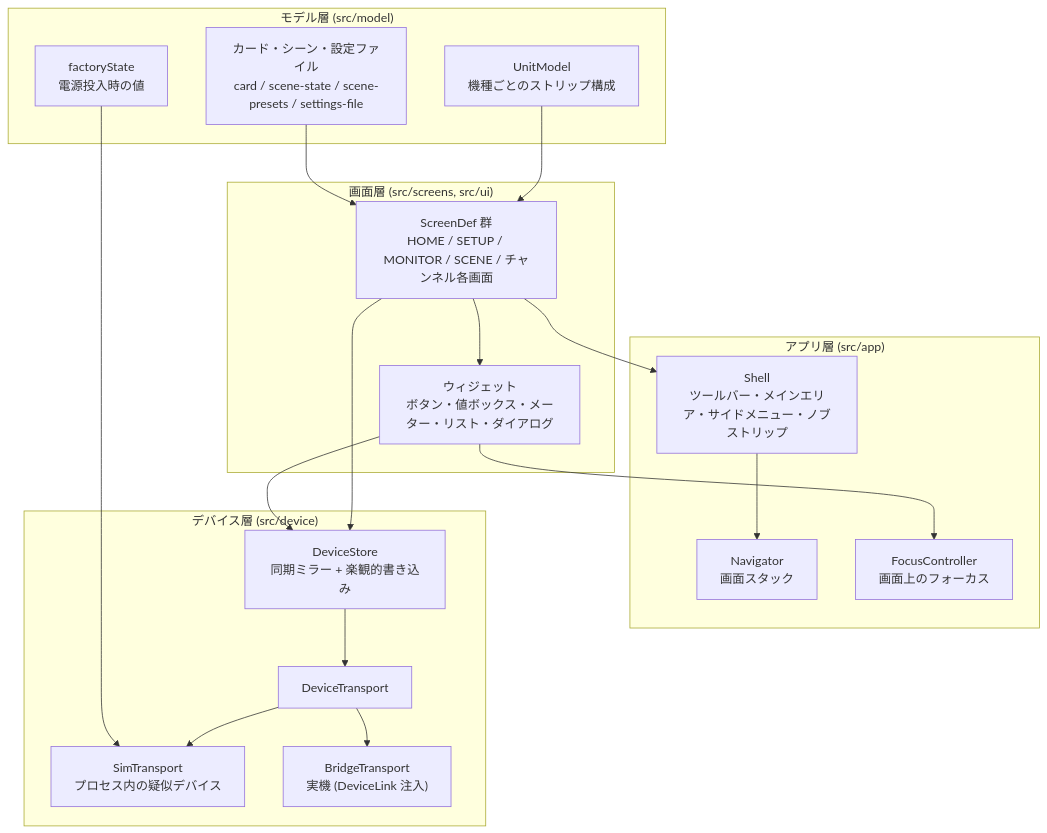
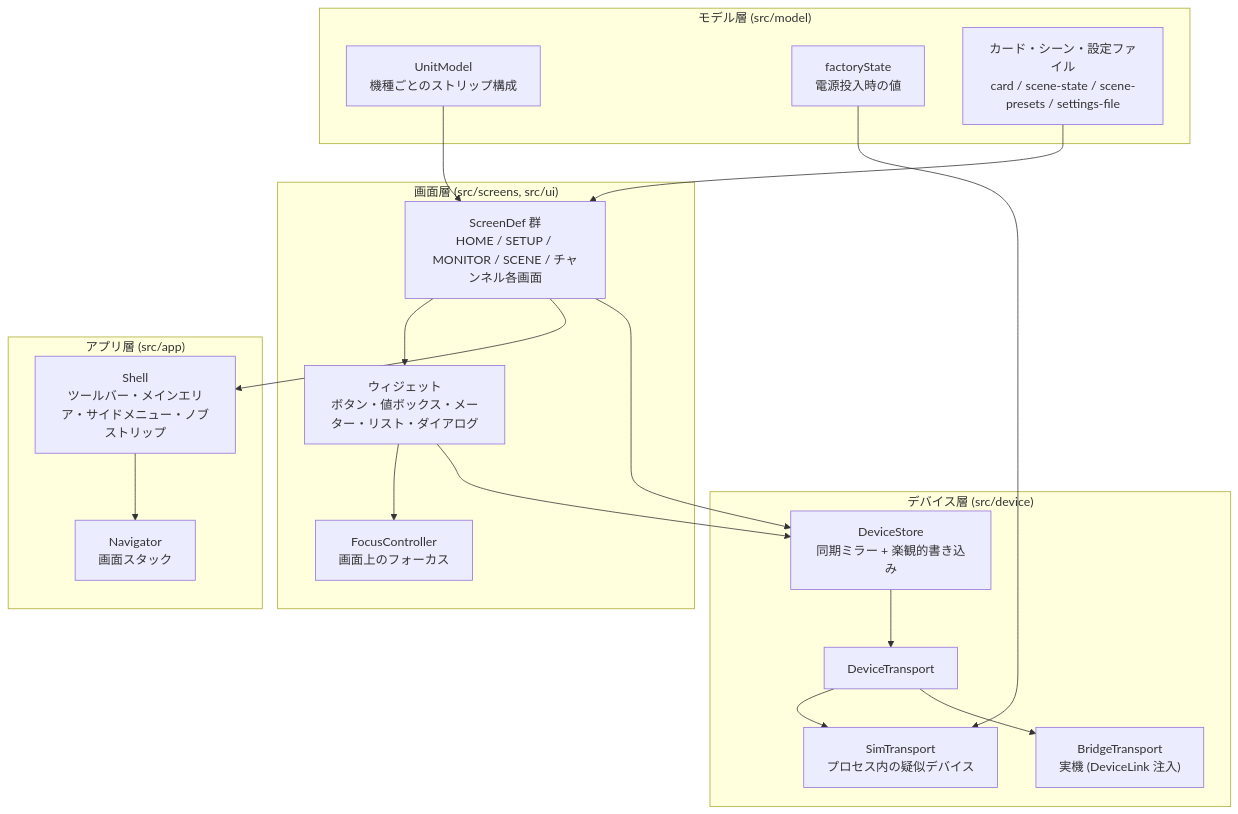
The first of 2 diagrams in docs/ja/architecture.md (semnil/urx-lcd-sim), drawn with Mermaid before and after one commit. The commit also changed other lines of this file and 1 other file, not shown here.

First line of the commit message:
Place FocusController in the screen layer and say which layers import upward

````diff
--- a/docs/ja/architecture.md
+++ b/docs/ja/architecture.md
@@ -10,36 +10,36 @@
 ```mermaid
 flowchart TB
   subgraph ui["画面層 (src/screens, src/ui)"]
     S["ScreenDef 群<br/>HOME / SETUP / MONITOR / SCENE / チャンネル各画面"]
     W["ウィジェット<br/>ボタン・値ボックス・メーター・リスト・ダイアログ"]
+    FC["FocusController<br/>画面上のフォーカス"]
   end
   subgraph app["アプリ層 (src/app)"]
     SH["Shell<br/>ツールバー・メインエリア・サイドメニュー・ノブストリップ"]
     NV["Navigator<br/>画面スタック"]
-    FC["FocusController<br/>画面上のフォーカス"]
   end
   subgraph model["モデル層 (src/model)"]
     UM["UnitModel<br/>機種ごとのストリップ構成"]
     DF["factoryState<br/>電源投入時の値"]
     CD["カード・シーン・設定ファイル<br/>card / scene-state / scene-presets / settings-file"]
   end
   subgraph dev["デバイス層 (src/device)"]
     ST["DeviceStore<br/>同期ミラー + 楽観的書き込み"]
     TR["DeviceTransport"]
     SIM["SimTransport<br/>プロセス内の疑似デバイス"]
     BR["BridgeTransport<br/>実機 (DeviceLink 注入)"]
   end
 
   S --> W
   S --> SH
   SH --> NV
   W --> FC
   S --> ST
   W --> ST
   ST --> TR
   TR --> SIM
   TR --> BR
   UM --> S
   DF --> SIM
   CD --> S
 ```
````
